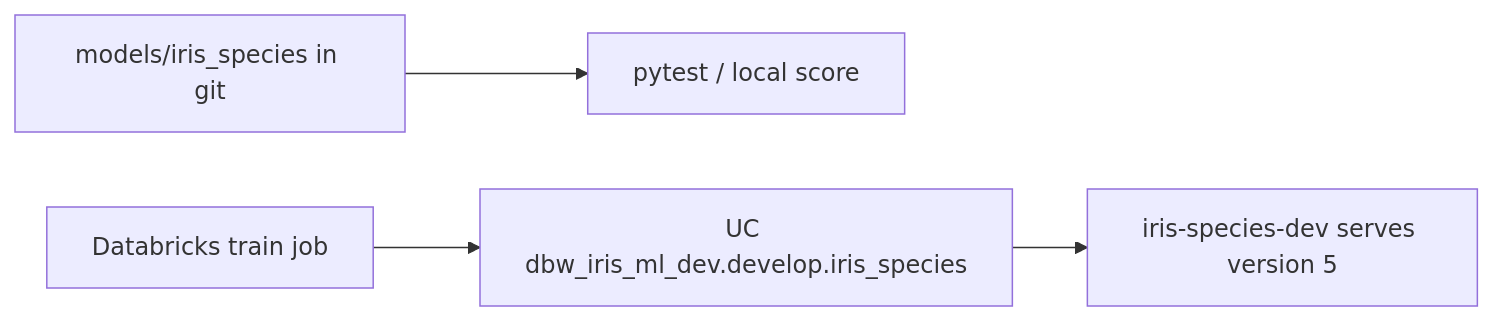
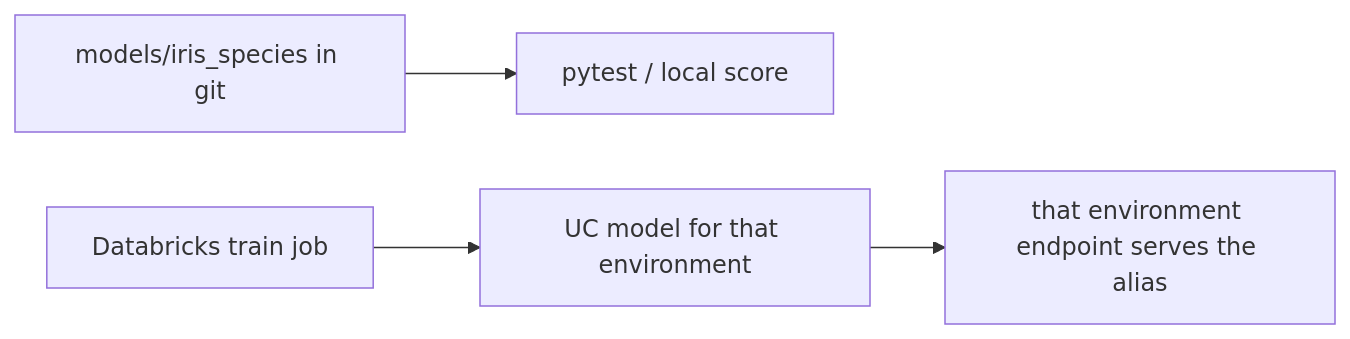
One commit to akumawavez/iris-ml-prod-test changed the third of 3 diagrams in docs/guides/eli25-mlops-lifecycle.md. Above: the diagram before and after it, drawn with Mermaid. The commit also changed other lines of this file and 77 other files, not shown here.

First line of the commit message:
Gate manual CD on the branch, code version, and model alias, and keep the default path from starting paid jobs.

````diff
--- a/docs/guides/eli25-mlops-lifecycle.md
+++ b/docs/guides/eli25-mlops-lifecycle.md
@@ -203,6 +210,6 @@
 ```mermaid
 flowchart LR
   local["models/iris_species in git"] --> pytest["pytest / local score"]
-  job["Databricks train job"] --> uc["UC dbw_iris_ml_dev.develop.iris_species"]
-  uc --> endpoint["iris-species-dev serves version 5"]
+  job["Databricks train job"] --> uc["UC model for that environment"]
+  uc --> endpoint["that environment endpoint serves the alias"]
 ```
````
